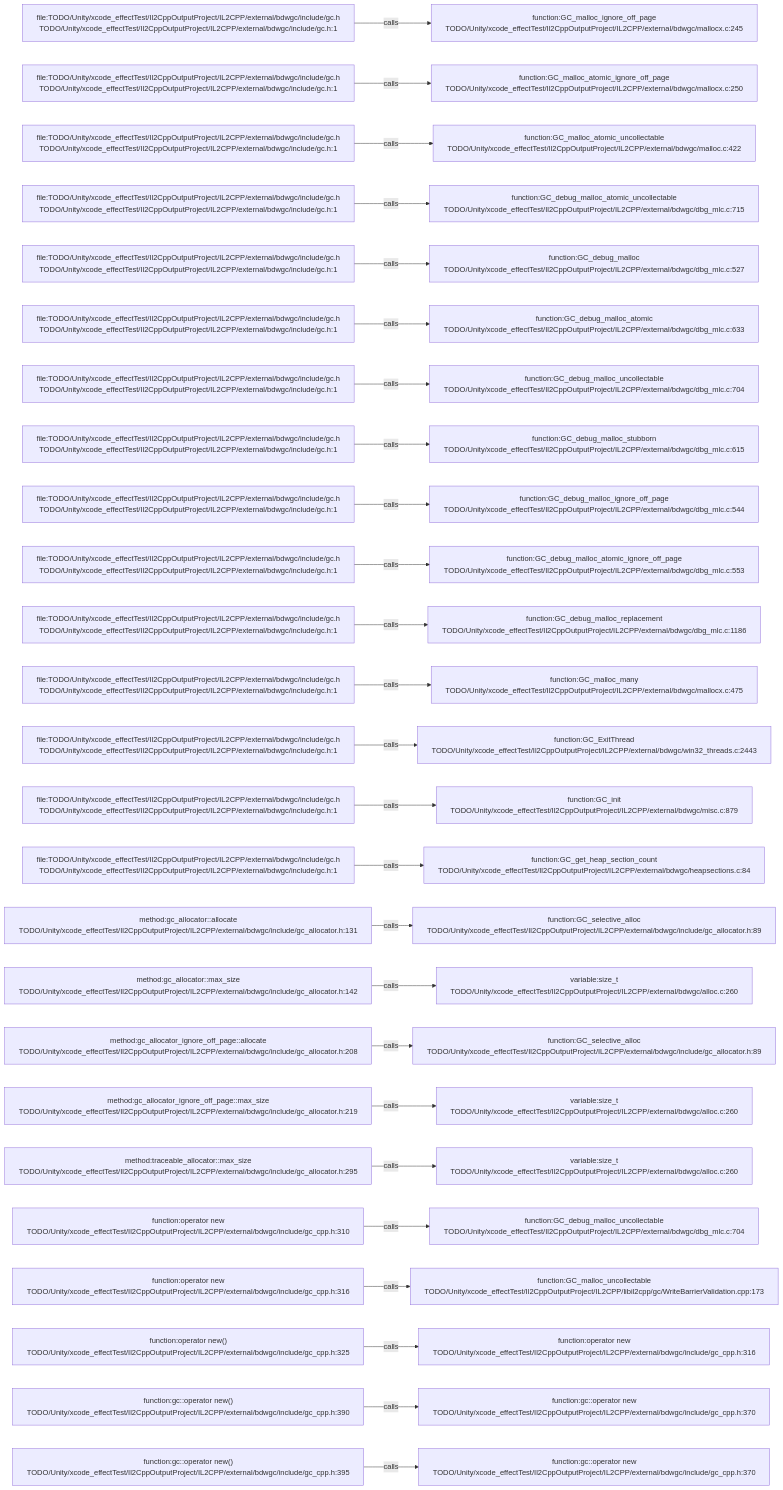
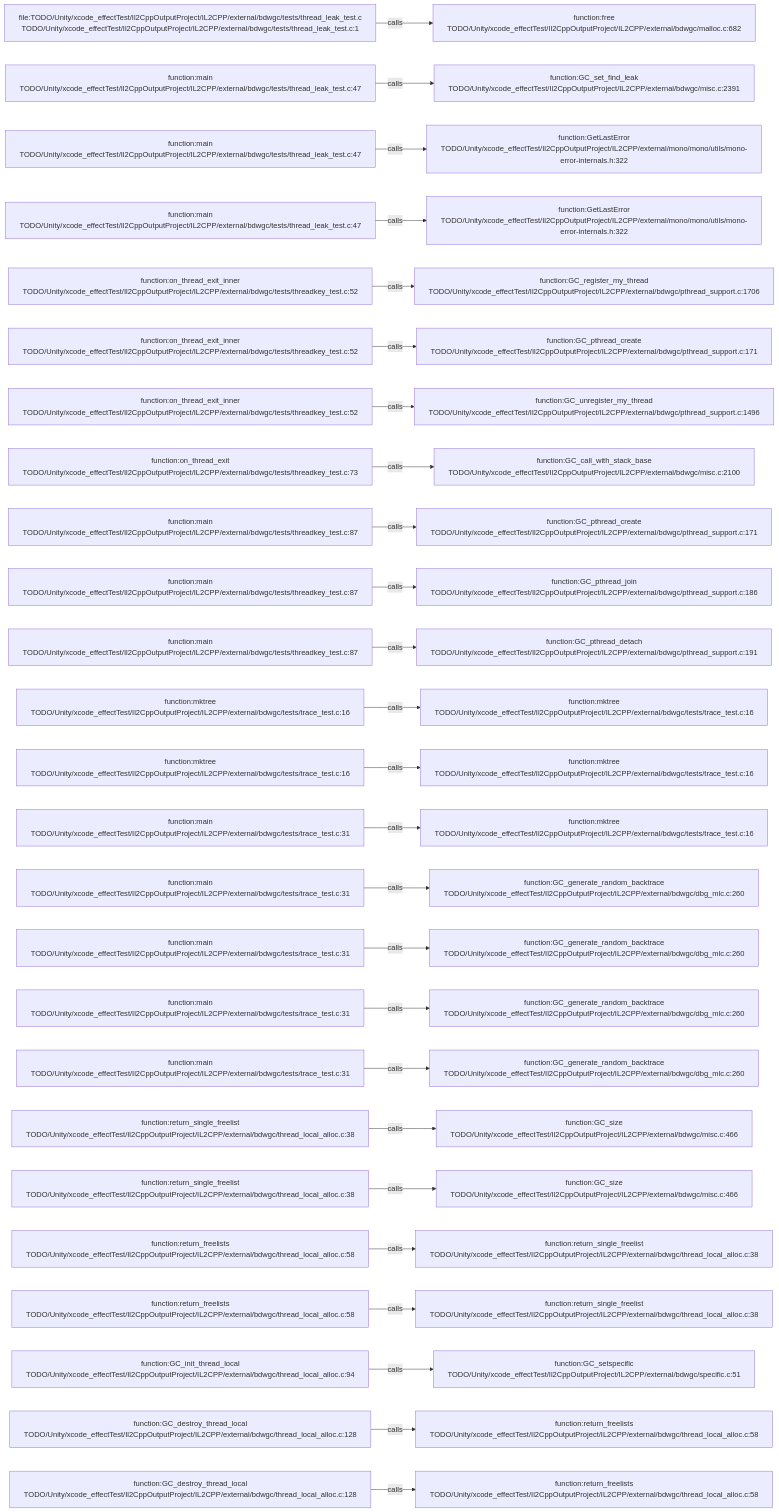
Before and after one commit to JobsKits/JobsSwiftBaseConfigDemo: the diagram in .codegraph/codegraph.md/graphs/calls-180.md, drawn with Mermaid. The commit also changed 227 other files, not shown here.

````diff
--- a/.codegraph/codegraph.md/graphs/calls-180.md
+++ b/.codegraph/codegraph.md/graphs/calls-180.md
@@ -13,78 +13,78 @@
 ```mermaid
 flowchart LR
-  S1["file:TODO/Unity/xcode_effectTest/Il2CppOutputProject/IL2CPP/external/bdwgc/include/gc.h<br/>TODO/Unity/xcode_effectTest/Il2CppOutputProject/IL2CPP/external/bdwgc/include/gc.h:1"]
-  T1["function:GC_malloc_ignore_off_page<br/>TODO/Unity/xcode_effectTest/Il2CppOutputProject/IL2CPP/external/bdwgc/mallocx.c:245"]
+  S1["file:TODO/Unity/xcode_effectTest/Il2CppOutputProject/IL2CPP/external/bdwgc/tests/thread_leak_test.c<br/>TODO/Unity/xcode_effectTest/Il2CppOutputProject/IL2CPP/external/bdwgc/tests/thread_leak_test.c:1"]
+  T1["function:free<br/>TODO/Unity/xcode_effectTest/Il2CppOutputProject/IL2CPP/external/bdwgc/malloc.c:682"]
   S1 -->|calls| T1
-  S2["file:TODO/Unity/xcode_effectTest/Il2CppOutputProject/IL2CPP/external/bdwgc/include/gc.h<br/>TODO/Unity/xcode_effectTest/Il2CppOutputProject/IL2CPP/external/bdwgc/include/gc.h:1"]
-  T2["function:GC_malloc_atomic_ignore_off_page<br/>TODO/Unity/xcode_effectTest/Il2CppOutputProject/IL2CPP/external/bdwgc/mallocx.c:250"]
+  S2["function:main<br/>TODO/Unity/xcode_effectTest/Il2CppOutputProject/IL2CPP/external/bdwgc/tests/thread_leak_test.c:47"]
+  T2["function:GC_set_find_leak<br/>TODO/Unity/xcode_effectTest/Il2CppOutputProject/IL2CPP/external/bdwgc/misc.c:2391"]
   S2 -->|calls| T2
-  S3["file:TODO/Unity/xcode_effectTest/Il2CppOutputProject/IL2CPP/external/bdwgc/include/gc.h<br/>TODO/Unity/xcode_effectTest/Il2CppOutputProject/IL2CPP/external/bdwgc/include/gc.h:1"]
-  T3["function:GC_malloc_atomic_uncollectable<br/>TODO/Unity/xcode_effectTest/Il2CppOutputProject/IL2CPP/external/bdwgc/malloc.c:422"]
+  S3["function:main<br/>TODO/Unity/xcode_effectTest/Il2CppOutputProject/IL2CPP/external/bdwgc/tests/thread_leak_test.c:47"]
+  T3["function:GetLastError<br/>TODO/Unity/xcode_effectTest/Il2CppOutputProject/IL2CPP/external/mono/mono/utils/mono-error-internals.h:322"]
   S3 -->|calls| T3
-  S4["file:TODO/Unity/xcode_effectTest/Il2CppOutputProject/IL2CPP/external/bdwgc/include/gc.h<br/>TODO/Unity/xcode_effectTest/Il2CppOutputProject/IL2CPP/external/bdwgc/include/gc.h:1"]
-  T4["function:GC_debug_malloc_atomic_uncollectable<br/>TODO/Unity/xcode_effectTest/Il2CppOutputProject/IL2CPP/external/bdwgc/dbg_mlc.c:715"]
+  S4["function:main<br/>TODO/Unity/xcode_effectTest/Il2CppOutputProject/IL2CPP/external/bdwgc/tests/thread_leak_test.c:47"]
+  T4["function:GetLastError<br/>TODO/Unity/xcode_effectTest/Il2CppOutputProject/IL2CPP/external/mono/mono/utils/mono-error-internals.h:322"]
   S4 -->|calls| T4
-  S5["file:TODO/Unity/xcode_effectTest/Il2CppOutputProject/IL2CPP/external/bdwgc/include/gc.h<br/>TODO/Unity/xcode_effectTest/Il2CppOutputProject/IL2CPP/external/bdwgc/include/gc.h:1"]
-  T5["function:GC_debug_malloc<br/>TODO/Unity/xcode_effectTest/Il2CppOutputProject/IL2CPP/external/bdwgc/dbg_mlc.c:527"]
+  S5["function:on_thread_exit_inner<br/>TODO/Unity/xcode_effectTest/Il2CppOutputProject/IL2CPP/external/bdwgc/tests/threadkey_test.c:52"]
+  T5["function:GC_register_my_thread<br/>TODO/Unity/xcode_effectTest/Il2CppOutputProject/IL2CPP/external/bdwgc/pthread_support.c:1706"]
   S5 -->|calls| T5
-  S6["file:TODO/Unity/xcode_effectTest/Il2CppOutputProject/IL2CPP/external/bdwgc/include/gc.h<br/>TODO/Unity/xcode_effectTest/Il2CppOutputProject/IL2CPP/external/bdwgc/include/gc.h:1"]
-  T6["function:GC_debug_malloc_atomic<br/>TODO/Unity/xcode_effectTest/Il2CppOutputProject/IL2CPP/external/bdwgc/dbg_mlc.c:633"]
+  S6["function:on_thread_exit_inner<br/>TODO/Unity/xcode_effectTest/Il2CppOutputProject/IL2CPP/external/bdwgc/tests/threadkey_test.c:52"]
+  T6["function:GC_pthread_create<br/>TODO/Unity/xcode_effectTest/Il2CppOutputProject/IL2CPP/external/bdwgc/pthread_support.c:171"]
   S6 -->|calls| T6
-  S7["file:TODO/Unity/xcode_effectTest/Il2CppOutputProject/IL2CPP/external/bdwgc/include/gc.h<br/>TODO/Unity/xcode_effectTest/Il2CppOutputProject/IL2CPP/external/bdwgc/include/gc.h:1"]
-  T7["function:GC_debug_malloc_uncollectable<br/>TODO/Unity/xcode_effectTest/Il2CppOutputProject/IL2CPP/external/bdwgc/dbg_mlc.c:704"]
+  S7["function:on_thread_exit_inner<br/>TODO/Unity/xcode_effectTest/Il2CppOutputProject/IL2CPP/external/bdwgc/tests/threadkey_test.c:52"]
+  T7["function:GC_unregister_my_thread<br/>TODO/Unity/xcode_effectTest/Il2CppOutputProject/IL2CPP/external/bdwgc/pthread_support.c:1496"]
   S7 -->|calls| T7
-  S8["file:TODO/Unity/xcode_effectTest/Il2CppOutputProject/IL2CPP/external/bdwgc/include/gc.h<br/>TODO/Unity/xcode_effectTest/Il2CppOutputProject/IL2CPP/external/bdwgc/include/gc.h:1"]
-  T8["function:GC_debug_malloc_stubborn<br/>TODO/Unity/xcode_effectTest/Il2CppOutputProject/IL2CPP/external/bdwgc/dbg_mlc.c:615"]
+  S8["function:on_thread_exit<br/>TODO/Unity/xcode_effectTest/Il2CppOutputProject/IL2CPP/external/bdwgc/tests/threadkey_test.c:73"]
+  T8["function:GC_call_with_stack_base<br/>TODO/Unity/xcode_effectTest/Il2CppOutputProject/IL2CPP/external/bdwgc/misc.c:2100"]
   S8 -->|calls| T8
-  S9["file:TODO/Unity/xcode_effectTest/Il2CppOutputProject/IL2CPP/external/bdwgc/include/gc.h<br/>TODO/Unity/xcode_effectTest/Il2CppOutputProject/IL2CPP/external/bdwgc/include/gc.h:1"]
-  T9["function:GC_debug_malloc_ignore_off_page<br/>TODO/Unity/xcode_effectTest/Il2CppOutputProject/IL2CPP/external/bdwgc/dbg_mlc.c:544"]
+  S9["function:main<br/>TODO/Unity/xcode_effectTest/Il2CppOutputProject/IL2CPP/external/bdwgc/tests/threadkey_test.c:87"]
+  T9["function:GC_pthread_create<br/>TODO/Unity/xcode_effectTest/Il2CppOutputProject/IL2CPP/external/bdwgc/pthread_support.c:171"]
   S9 -->|calls| T9
-  S10["file:TODO/Unity/xcode_effectTest/Il2CppOutputProject/IL2CPP/external/bdwgc/include/gc.h<br/>TODO/Unity/xcode_effectTest/Il2CppOutputProject/IL2CPP/external/bdwgc/include/gc.h:1"]
-  T10["function:GC_debug_malloc_atomic_ignore_off_page<br/>TODO/Unity/xcode_effectTest/Il2CppOutputProject/IL2CPP/external/bdwgc/dbg_mlc.c:553"]
+  S10["function:main<br/>TODO/Unity/xcode_effectTest/Il2CppOutputProject/IL2CPP/external/bdwgc/tests/threadkey_test.c:87"]
+  T10["function:GC_pthread_join<br/>TODO/Unity/xcode_effectTest/Il2CppOutputProject/IL2CPP/external/bdwgc/pthread_support.c:186"]
   S10 -->|calls| T10
-  S11["file:TODO/Unity/xcode_effectTest/Il2CppOutputProject/IL2CPP/external/bdwgc/include/gc.h<br/>TODO/Unity/xcode_effectTest/Il2CppOutputProject/IL2CPP/external/bdwgc/include/gc.h:1"]
-  T11["function:GC_debug_malloc_replacement<br/>TODO/Unity/xcode_effectTest/Il2CppOutputProject/IL2CPP/external/bdwgc/dbg_mlc.c:1186"]
+  S11["function:main<br/>TODO/Unity/xcode_effectTest/Il2CppOutputProject/IL2CPP/external/bdwgc/tests/threadkey_test.c:87"]
+  T11["function:GC_pthread_detach<br/>TODO/Unity/xcode_effectTest/Il2CppOutputProject/IL2CPP/external/bdwgc/pthread_support.c:191"]
   S11 -->|calls| T11
-  S12["file:TODO/Unity/xcode_effectTest/Il2CppOutputProject/IL2CPP/external/bdwgc/include/gc.h<br/>TODO/Unity/xcode_effectTest/Il2CppOutputProject/IL2CPP/external/bdwgc/include/gc.h:1"]
-  T12["function:GC_malloc_many<br/>TODO/Unity/xcode_effectTest/Il2CppOutputProject/IL2CPP/external/bdwgc/mallocx.c:475"]
+  S12["function:mktree<br/>TODO/Unity/xcode_effectTest/Il2CppOutputProject/IL2CPP/external/bdwgc/tests/trace_test.c:16"]
+  T12["function:mktree<br/>TODO/Unity/xcode_effectTest/Il2CppOutputProject/IL2CPP/external/bdwgc/tests/trace_test.c:16"]
   S12 -->|calls| T12
-  S13["file:TODO/Unity/xcode_effectTest/Il2CppOutputProject/IL2CPP/external/bdwgc/include/gc.h<br/>TODO/Unity/xcode_effectTest/Il2CppOutputProject/IL2CPP/external/bdwgc/include/gc.h:1"]
-  T13["function:GC_ExitThread<br/>TODO/Unity/xcode_effectTest/Il2CppOutputProject/IL2CPP/external/bdwgc/win32_threads.c:2443"]
+  S13["function:mktree<br/>TODO/Unity/xcode_effectTest/Il2CppOutputProject/IL2CPP/external/bdwgc/tests/trace_test.c:16"]
+  T13["function:mktree<br/>TODO/Unity/xcode_effectTest/Il2CppOutputProject/IL2CPP/external/bdwgc/tests/trace_test.c:16"]
   S13 -->|calls| T13
-  S14["file:TODO/Unity/xcode_effectTest/Il2CppOutputProject/IL2CPP/external/bdwgc/include/gc.h<br/>TODO/Unity/xcode_effectTest/Il2CppOutputProject/IL2CPP/external/bdwgc/include/gc.h:1"]
-  T14["function:GC_init<br/>TODO/Unity/xcode_effectTest/Il2CppOutputProject/IL2CPP/external/bdwgc/misc.c:879"]
+  S14["function:main<br/>TODO/Unity/xcode_effectTest/Il2CppOutputProject/IL2CPP/external/bdwgc/tests/trace_test.c:31"]
+  T14["function:mktree<br/>TODO/Unity/xcode_effectTest/Il2CppOutputProject/IL2CPP/external/bdwgc/tests/trace_test.c:16"]
   S14 -->|calls| T14
-  S15["file:TODO/Unity/xcode_effectTest/Il2CppOutputProject/IL2CPP/external/bdwgc/include/gc.h<br/>TODO/Unity/xcode_effectTest/Il2CppOutputProject/IL2CPP/external/bdwgc/include/gc.h:1"]
-  T15["function:GC_get_heap_section_count<br/>TODO/Unity/xcode_effectTest/Il2CppOutputProject/IL2CPP/external/bdwgc/heapsections.c:84"]
+  S15["function:main<br/>TODO/Unity/xcode_effectTest/Il2CppOutputProject/IL2CPP/external/bdwgc/tests/trace_test.c:31"]
+  T15["function:GC_generate_random_backtrace<br/>TODO/Unity/xcode_effectTest/Il2CppOutputProject/IL2CPP/external/bdwgc/dbg_mlc.c:260"]
   S15 -->|calls| T15
-  S16["method:gc_allocator::allocate<br/>TODO/Unity/xcode_effectTest/Il2CppOutputProject/IL2CPP/external/bdwgc/include/gc_allocator.h:131"]
-  T16["function:GC_selective_alloc<br/>TODO/Unity/xcode_effectTest/Il2CppOutputProject/IL2CPP/external/bdwgc/include/gc_allocator.h:89"]
+  S16["function:main<br/>TODO/Unity/xcode_effectTest/Il2CppOutputProject/IL2CPP/external/bdwgc/tests/trace_test.c:31"]
+  T16["function:GC_generate_random_backtrace<br/>TODO/Unity/xcode_effectTest/Il2CppOutputProject/IL2CPP/external/bdwgc/dbg_mlc.c:260"]
   S16 -->|calls| T16
-  S17["method:gc_allocator::max_size<br/>TODO/Unity/xcode_effectTest/Il2CppOutputProject/IL2CPP/external/bdwgc/include/gc_allocator.h:142"]
-  T17["variable:size_t<br/>TODO/Unity/xcode_effectTest/Il2CppOutputProject/IL2CPP/external/bdwgc/alloc.c:260"]
+  S17["function:main<br/>TODO/Unity/xcode_effectTest/Il2CppOutputProject/IL2CPP/external/bdwgc/tests/trace_test.c:31"]
+  T17["function:GC_generate_random_backtrace<br/>TODO/Unity/xcode_effectTest/Il2CppOutputProject/IL2CPP/external/bdwgc/dbg_mlc.c:260"]
   S17 -->|calls| T17
-  S18["method:gc_allocator_ignore_off_page::allocate<br/>TODO/Unity/xcode_effectTest/Il2CppOutputProject/IL2CPP/external/bdwgc/include/gc_allocator.h:208"]
-  T18["function:GC_selective_alloc<br/>TODO/Unity/xcode_effectTest/Il2CppOutputProject/IL2CPP/external/bdwgc/include/gc_allocator.h:89"]
+  S18["function:main<br/>TODO/Unity/xcode_effectTest/Il2CppOutputProject/IL2CPP/external/bdwgc/tests/trace_test.c:31"]
+  T18["function:GC_generate_random_backtrace<br/>TODO/Unity/xcode_effectTest/Il2CppOutputProject/IL2CPP/external/bdwgc/dbg_mlc.c:260"]
   S18 -->|calls| T18
-  S19["method:gc_allocator_ignore_off_page::max_size<br/>TODO/Unity/xcode_effectTest/Il2CppOutputProject/IL2CPP/external/bdwgc/include/gc_allocator.h:219"]
-  T19["variable:size_t<br/>TODO/Unity/xcode_effectTest/Il2CppOutputProject/IL2CPP/external/bdwgc/alloc.c:260"]
+  S19["function:return_single_freelist<br/>TODO/Unity/xcode_effectTest/Il2CppOutputProject/IL2CPP/external/bdwgc/thread_local_alloc.c:38"]
+  T19["function:GC_size<br/>TODO/Unity/xcode_effectTest/Il2CppOutputProject/IL2CPP/external/bdwgc/misc.c:466"]
   S19 -->|calls| T19
-  S20["method:traceable_allocator::max_size<br/>TODO/Unity/xcode_effectTest/Il2CppOutputProject/IL2CPP/external/bdwgc/include/gc_allocator.h:295"]
-  T20["variable:size_t<br/>TODO/Unity/xcode_effectTest/Il2CppOutputProject/IL2CPP/external/bdwgc/alloc.c:260"]
+  S20["function:return_single_freelist<br/>TODO/Unity/xcode_effectTest/Il2CppOutputProject/IL2CPP/external/bdwgc/thread_local_alloc.c:38"]
+  T20["function:GC_size<br/>TODO/Unity/xcode_effectTest/Il2CppOutputProject/IL2CPP/external/bdwgc/misc.c:466"]
   S20 -->|calls| T20
-  S21["function:operator new<br/>TODO/Unity/xcode_effectTest/Il2CppOutputProject/IL2CPP/external/bdwgc/include/gc_cpp.h:310"]
-  T21["function:GC_debug_malloc_uncollectable<br/>TODO/Unity/xcode_effectTest/Il2CppOutputProject/IL2CPP/external/bdwgc/dbg_mlc.c:704"]
+  S21["function:return_freelists<br/>TODO/Unity/xcode_effectTest/Il2CppOutputProject/IL2CPP/external/bdwgc/thread_local_alloc.c:58"]
+  T21["function:return_single_freelist<br/>TODO/Unity/xcode_effectTest/Il2CppOutputProject/IL2CPP/external/bdwgc/thread_local_alloc.c:38"]
   S21 -->|calls| T21
-  S22["function:operator new<br/>TODO/Unity/xcode_effectTest/Il2CppOutputProject/IL2CPP/external/bdwgc/include/gc_cpp.h:316"]
-  T22["function:GC_malloc_uncollectable<br/>TODO/Unity/xcode_effectTest/Il2CppOutputProject/IL2CPP/libil2cpp/gc/WriteBarrierValidation.cpp:173"]
+  S22["function:return_freelists<br/>TODO/Unity/xcode_effectTest/Il2CppOutputProject/IL2CPP/external/bdwgc/thread_local_alloc.c:58"]
+  T22["function:return_single_freelist<br/>TODO/Unity/xcode_effectTest/Il2CppOutputProject/IL2CPP/external/bdwgc/thread_local_alloc.c:38"]
   S22 -->|calls| T22
-  S23["function:operator new()<br/>TODO/Unity/xcode_effectTest/Il2CppOutputProject/IL2CPP/external/bdwgc/include/gc_cpp.h:325"]
-  T23["function:operator new<br/>TODO/Unity/xcode_effectTest/Il2CppOutputProject/IL2CPP/external/bdwgc/include/gc_cpp.h:316"]
+  S23["function:GC_init_thread_local<br/>TODO/Unity/xcode_effectTest/Il2CppOutputProject/IL2CPP/external/bdwgc/thread_local_alloc.c:94"]
+  T23["function:GC_setspecific<br/>TODO/Unity/xcode_effectTest/Il2CppOutputProject/IL2CPP/external/bdwgc/specific.c:51"]
   S23 -->|calls| T23
-  S24["function:gc::operator new()<br/>TODO/Unity/xcode_effectTest/Il2CppOutputProject/IL2CPP/external/bdwgc/include/gc_cpp.h:390"]
-  T24["function:gc::operator new<br/>TODO/Unity/xcode_effectTest/Il2CppOutputProject/IL2CPP/external/bdwgc/include/gc_cpp.h:370"]
+  S24["function:GC_destroy_thread_local<br/>TODO/Unity/xcode_effectTest/Il2CppOutputProject/IL2CPP/external/bdwgc/thread_local_alloc.c:128"]
+  T24["function:return_freelists<br/>TODO/Unity/xcode_effectTest/Il2CppOutputProject/IL2CPP/external/bdwgc/thread_local_alloc.c:58"]
   S24 -->|calls| T24
-  S25["function:gc::operator new()<br/>TODO/Unity/xcode_effectTest/Il2CppOutputProject/IL2CPP/external/bdwgc/include/gc_cpp.h:395"]
-  T25["function:gc::operator new<br/>TODO/Unity/xcode_effectTest/Il2CppOutputProject/IL2CPP/external/bdwgc/include/gc_cpp.h:370"]
+  S25["function:GC_destroy_thread_local<br/>TODO/Unity/xcode_effectTest/Il2CppOutputProject/IL2CPP/external/bdwgc/thread_local_alloc.c:128"]
+  T25["function:return_freelists<br/>TODO/Unity/xcode_effectTest/Il2CppOutputProject/IL2CPP/external/bdwgc/thread_local_alloc.c:58"]
   S25 -->|calls| T25
 ```
````
